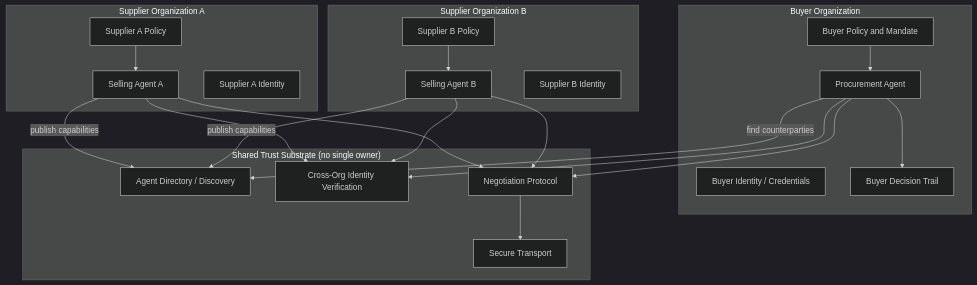
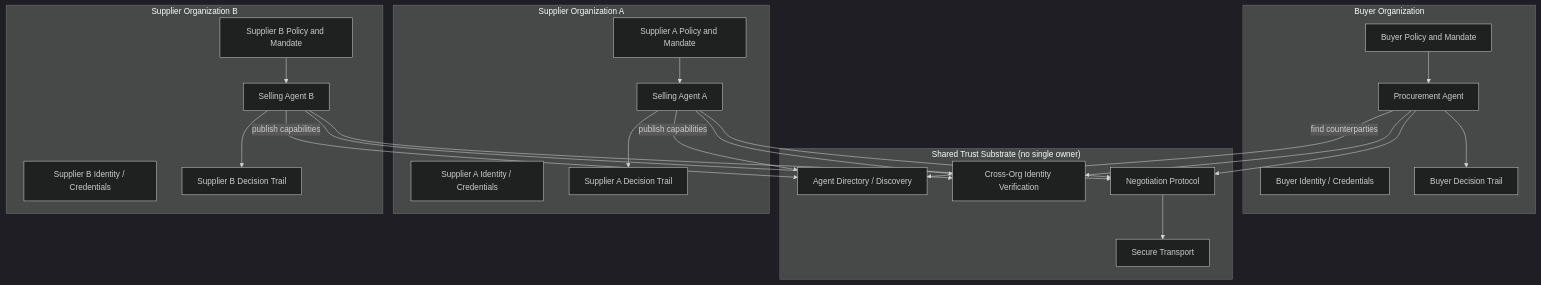
The diagram in deliverables/from-orchestration-to-autonomy-ebook/24-archetype-5-collaborating-self-directed-agents.md (machalliance/wg-enterprise-agent-architecture), drawn with Mermaid (dark theme) before and after one commit. The commit also changed other lines of this file and 18 other files, not shown here.

````diff
--- a/deliverables/from-orchestration-to-autonomy-ebook/24-archetype-5-collaborating-self-directed-agents.md
+++ b/deliverables/from-orchestration-to-autonomy-ebook/24-archetype-5-collaborating-self-directed-agents.md
@@ -35,46 +37,50 @@
 ```mermaid
 graph TB
     subgraph "Buyer Organization"
         BAGENT[Procurement Agent]
         BPOLICY[Buyer Policy and Mandate]
         BIDENT[Buyer Identity / Credentials]
         BLEDGER[Buyer Decision Trail]
     end
 
     subgraph "Shared Trust Substrate (no single owner)"
         DIR[Agent Directory / Discovery]
         IDV[Cross-Org Identity Verification]
         PROTO[Negotiation Protocol]
         SLIM[Secure Transport]
     end
 
     subgraph "Supplier Organization A"
         SAGENT[Selling Agent A]
-        SPOLICY[Supplier A Policy]
-        SIDENT[Supplier A Identity]
+        SPOLICY[Supplier A Policy and Mandate]
+        SIDENT[Supplier A Identity / Credentials]
+        SLEDGER[Supplier A Decision Trail]
     end
 
     subgraph "Supplier Organization B"
         SAGENT2[Selling Agent B]
-        SPOLICY2[Supplier B Policy]
-        SIDENT2[Supplier B Identity]
+        SPOLICY2[Supplier B Policy and Mandate]
+        SIDENT2[Supplier B Identity / Credentials]
+        SLEDGER2[Supplier B Decision Trail]
     end
 
     BAGENT -->|find counterparties| DIR
     SAGENT -->|publish capabilities| DIR
     SAGENT2 -->|publish capabilities| DIR
 
     BAGENT --> IDV
     SAGENT --> IDV
     SAGENT2 --> IDV
 
     BAGENT --> PROTO
     SAGENT --> PROTO
     SAGENT2 --> PROTO
     PROTO --> SLIM
 
     BPOLICY --> BAGENT
     SPOLICY --> SAGENT
     SPOLICY2 --> SAGENT2
     BAGENT --> BLEDGER
+    SAGENT --> SLEDGER
+    SAGENT2 --> SLEDGER2
 ```
````
